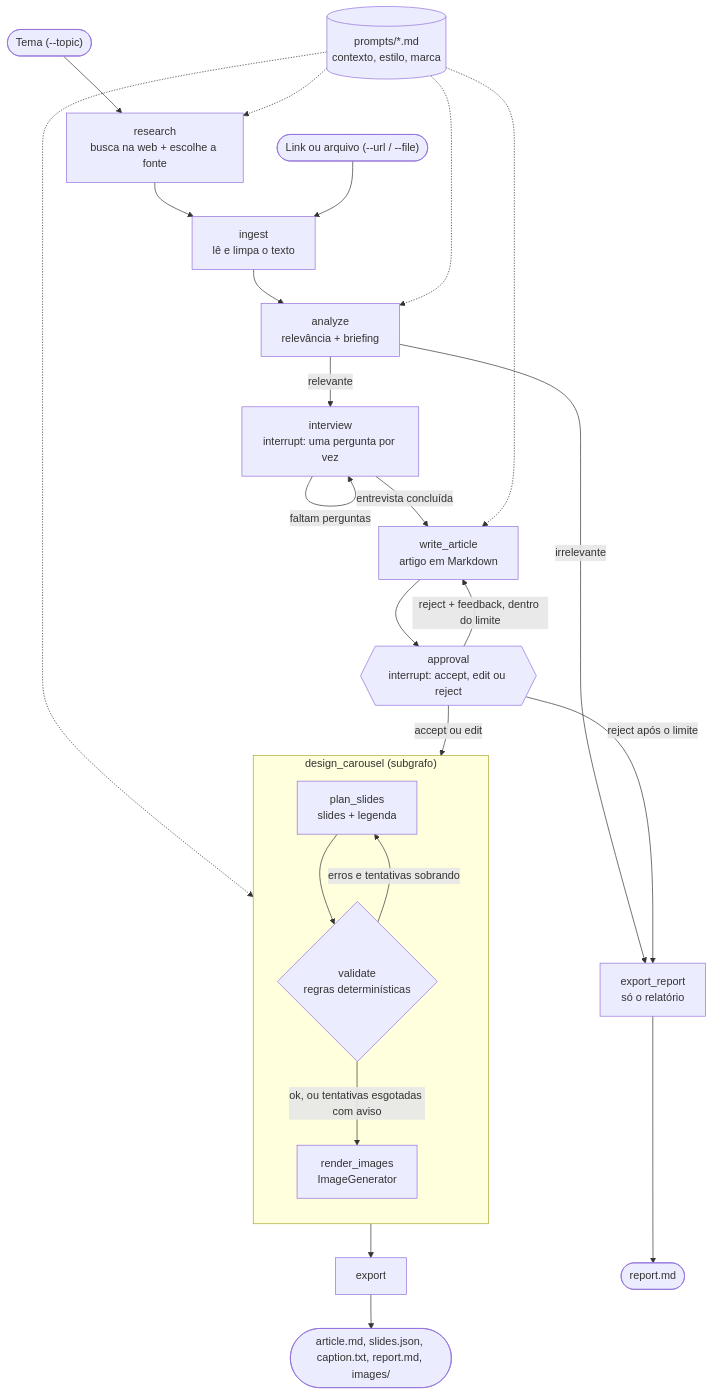
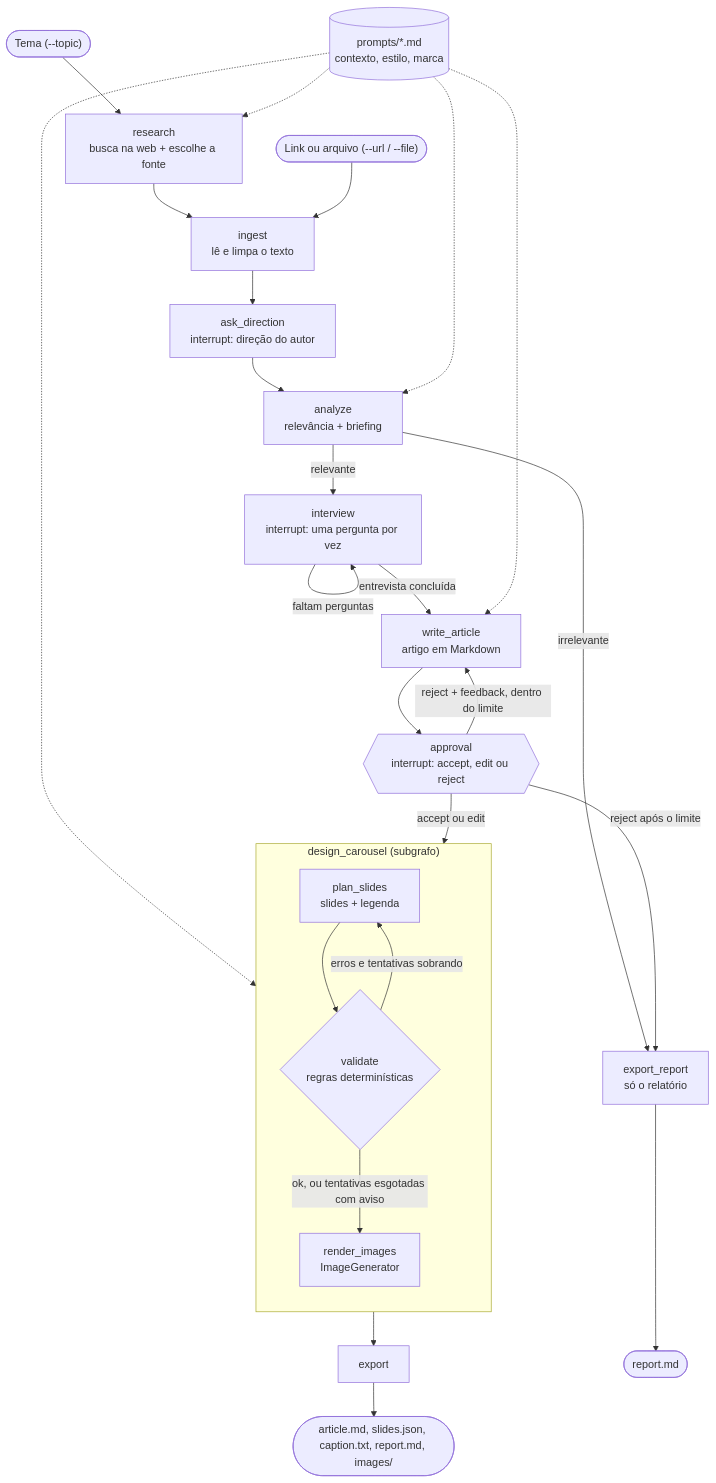
The first of 2 diagrams in README.md (afcc2000/content-authority-pipeline), drawn with Mermaid before and after one commit. The commit also changed other lines of this file and 12 other files, not shown here.

Commit message:
feat(interview): pergunta a direção do autor antes da análise

````diff
--- a/README.md
+++ b/README.md
@@ -56,31 +59,32 @@
 ```mermaid
 flowchart TD
     TEMA(["Tema (--topic)"]) --> RES["research<br/>busca na web + escolhe a fonte"]
     RES --> ING
     IN(["Link ou arquivo (--url / --file)"]) --> ING["ingest<br/>lê e limpa o texto"]
-    ING --> ANA["analyze<br/>relevância + briefing"]
+    ING --> DIR["ask_direction<br/>interrupt: direção do autor"]
+    DIR --> ANA["analyze<br/>relevância + briefing"]
     ANA -->|irrelevante| REP["export_report<br/>só o relatório"]
     ANA -->|relevante| INT["interview<br/>interrupt: uma pergunta por vez"]
     INT -->|faltam perguntas| INT
     INT -->|entrevista concluída| WA["write_article<br/>artigo em Markdown"]
     WA --> HITL{{"approval<br/>interrupt: accept, edit ou reject"}}
     HITL -->|reject + feedback, dentro do limite| WA
     HITL -->|reject após o limite| REP
     HITL -->|accept ou edit| CAR
 
     subgraph CAR["design_carousel (subgrafo)"]
         direction TB
         PL["plan_slides<br/>slides + legenda"] --> VAL{"validate<br/>regras determinísticas"}
         VAL -->|erros e tentativas sobrando| PL
         VAL -->|ok, ou tentativas esgotadas com aviso| IMG["render_images<br/>ImageGenerator"]
     end
 
     IMG --> EXP["export"]
     EXP --> OUT(["article.md, slides.json, caption.txt, report.md, images/"])
     REP --> OUT2(["report.md"])
 
     PROMPTS[("prompts/*.md<br/>contexto, estilo, marca")] -.-> RES
     PROMPTS -.-> ANA
     PROMPTS -.-> WA
     PROMPTS -.-> PL
 ```
````
